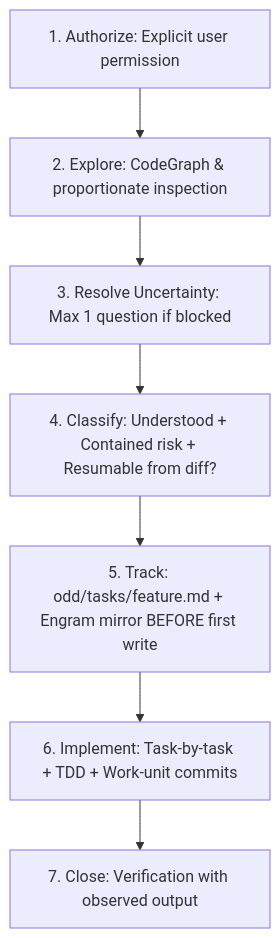
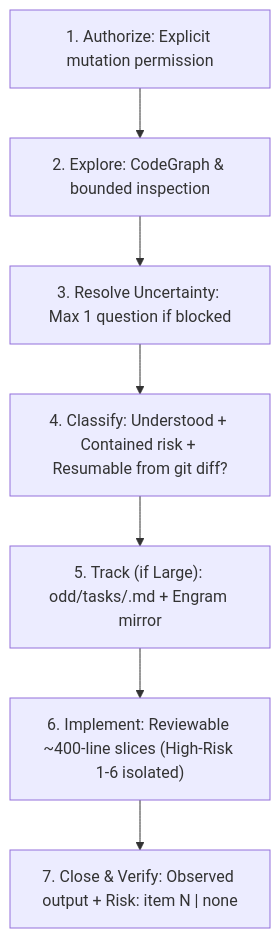
The diagram in 00-meta-skills/odd-workflow/SKILL.md (NastaFour/skillsGV), drawn with Mermaid before and after one commit. The commit also changed other lines of this file and 14 other files, not shown here.

````diff
--- a/00-meta-skills/odd-workflow/SKILL.md
+++ b/00-meta-skills/odd-workflow/SKILL.md
@@ -32,9 +30,9 @@
 ```mermaid
 flowchart TD
-  A[1. Authorize: Explicit user permission] --> B[2. Explore: CodeGraph & proportionate inspection]
-  B --> C[3. Resolve Uncertainty: Max 1 question if blocked]
-  C --> D[4. Classify: Understood + Contained risk + Resumable from diff?]
-  D --> E[5. Track: odd/tasks/feature.md + Engram mirror BEFORE first write]
-  E --> F[6. Implement: Task-by-task + TDD + Work-unit commits]
-  F --> G[7. Close: Verification with observed output]
+  A["1. Authorize: Explicit mutation permission"] --> B["2. Explore: CodeGraph & bounded inspection"]
+  B --> C["3. Resolve Uncertainty: Max 1 question if blocked"]
+  C --> D["4. Classify: Understood + Contained risk + Resumable from git diff?"]
+  D --> E["5. Track (if Large): odd/tasks/<feature>.md + Engram mirror"]
+  E --> F["6. Implement: Reviewable ~400-line slices (High-Risk 1-6 isolated)"]
+  F --> G["7. Close & Verify: Observed output + Risk: item N | none"]
 ```
````
